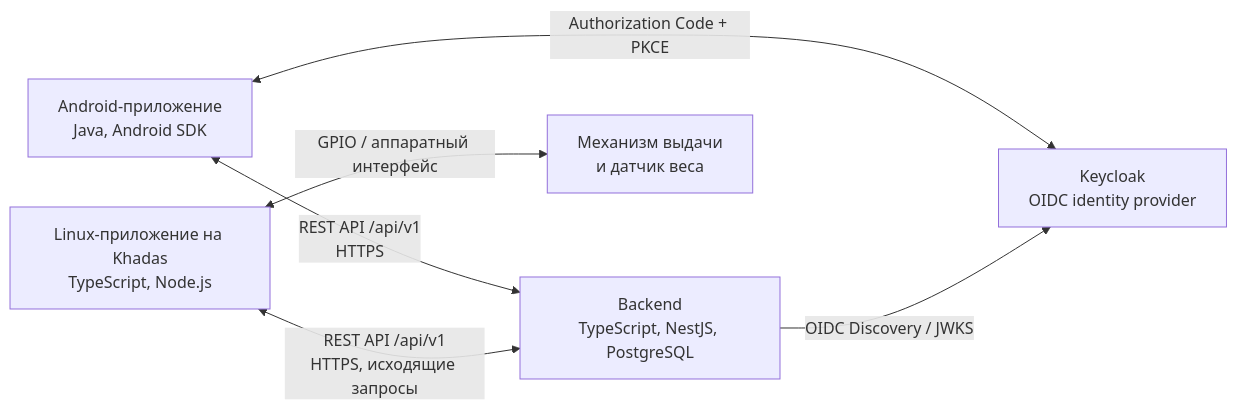
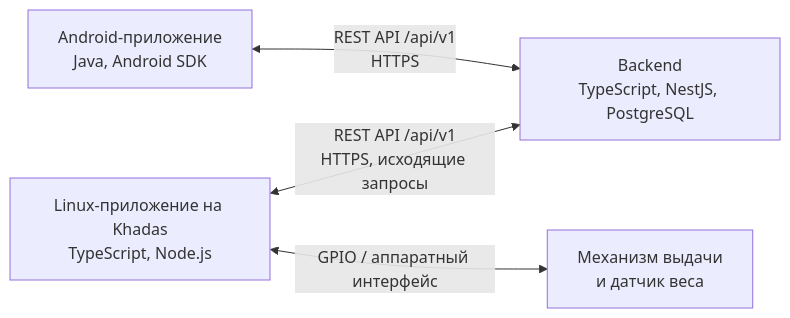
Before and after one commit to evgesha0-0/programming-of-mobile-devices: the first of 3 diagrams in docs/architecture.md, drawn with Mermaid. The commit also changed other lines of this file and 24 other files, not shown here.

````diff
--- a/docs/architecture.md
+++ b/docs/architecture.md
@@ -9,14 +9,11 @@
 ```mermaid
 flowchart LR
     A[Android-приложение<br/>Java, Android SDK]
     B[Backend<br/>TypeScript, NestJS, PostgreSQL]
-    I[Keycloak<br/>OIDC identity provider]
     K[Linux-приложение на Khadas<br/>TypeScript, Node.js]
     H[Механизм выдачи<br/>и датчик веса]
 
     A <-->|REST API /api/v1<br/>HTTPS| B
-    A <-->|Authorization Code + PKCE| I
-    B -->|OIDC Discovery / JWKS| I
     K <-->|REST API /api/v1<br/>HTTPS, исходящие запросы| B
     K <-->|GPIO / аппаратный интерфейс| H
 ```
````
